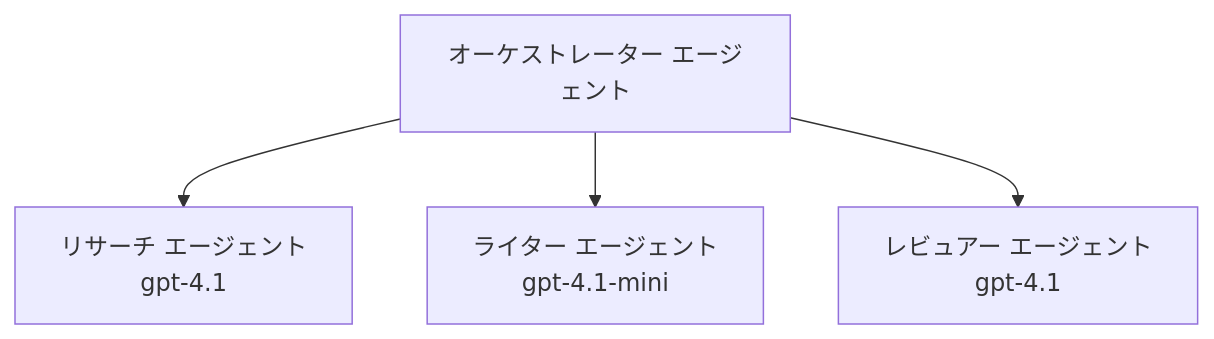
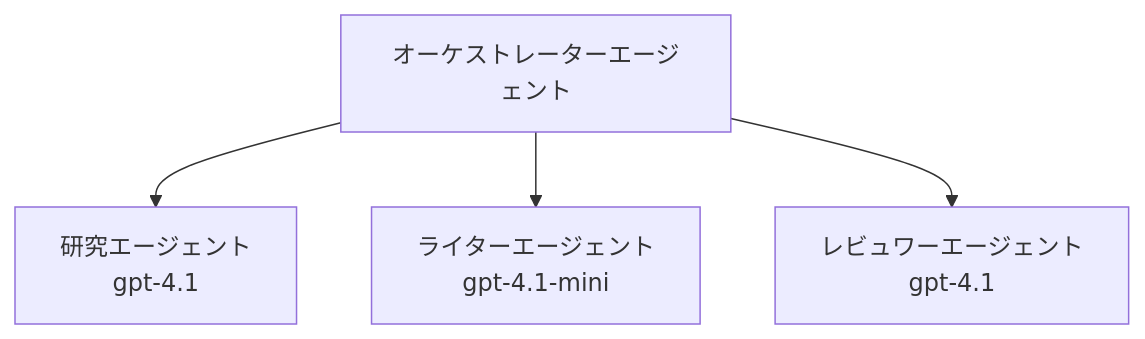
The third of 3 diagrams in translations/ja/docs/chapter-02-ai-development/agents.md (microsoft/AZD-for-beginners), drawn with Mermaid before and after one commit. The commit also changed other lines of this file and 60 other files, not shown here.

````diff
--- a/translations/ja/docs/chapter-02-ai-development/agents.md
+++ b/translations/ja/docs/chapter-02-ai-development/agents.md
@@ -201,6 +201,6 @@
 ```mermaid
 graph TD
-    Orchestrator[オーケストレーター エージェント] --> Research[リサーチ エージェント<br/>gpt-4.1]
-    Orchestrator --> Writer[ライター エージェント<br/>gpt-4.1-mini]
-    Orchestrator --> Reviewer[レビュアー エージェント<br/>gpt-4.1]
+    Orchestrator[オーケストレーターエージェント] --> Research[研究エージェント<br/>gpt-4.1]
+    Orchestrator --> Writer[ライターエージェント<br/>gpt-4.1-mini]
+    Orchestrator --> Reviewer[レビュワーエージェント<br/>gpt-4.1]
 ```
````
